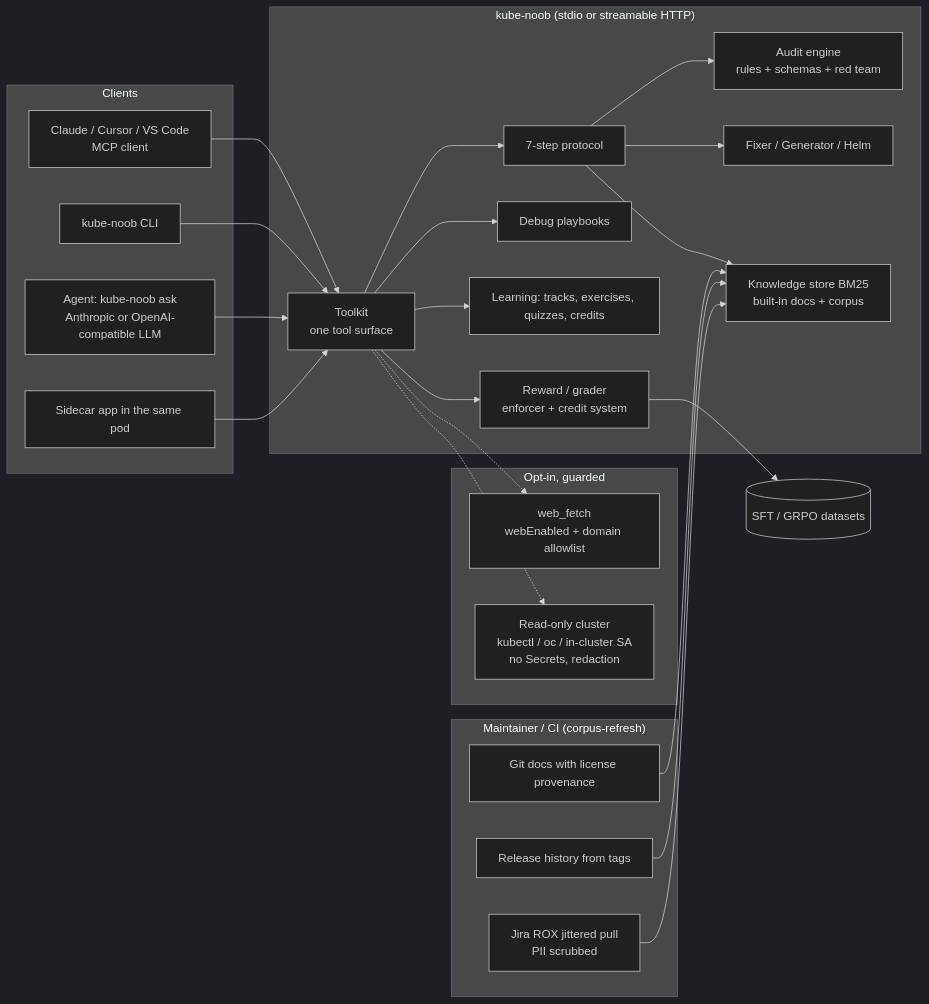
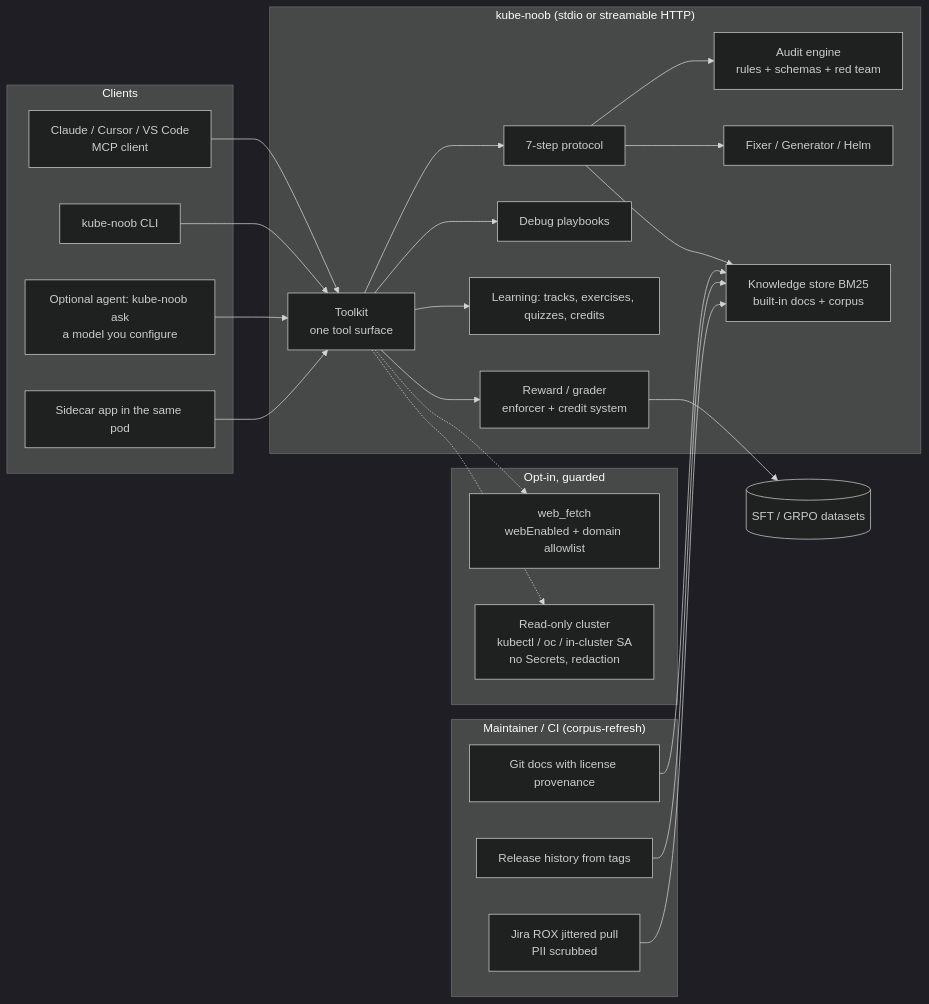
Before and after one commit to aashishmahajan/kube-noob: the diagram in docs/architecture.md, drawn with Mermaid (dark theme). The commit also changed other lines of this file and 146 other files, not shown here.

````diff
--- a/docs/architecture.md
+++ b/docs/architecture.md
@@ -3,34 +7,34 @@
 ```mermaid
 flowchart LR
   subgraph Clients
     A[Claude / Cursor / VS Code<br/>MCP client]
     B[kube-noob CLI]
-    C[Agent: kube-noob ask<br/>Anthropic or OpenAI-compatible LLM]
+    C[Optional agent: kube-noob ask<br/>a model you configure]
     D[Sidecar app in the same pod]
   end
   subgraph Server["kube-noob (stdio or streamable HTTP)"]
     T[Toolkit<br/>one tool surface]
     P[7-step protocol]
     E[Audit engine<br/>rules + schemas + red team]
     F[Fixer / Generator / Helm]
     G[Debug playbooks]
     K[Knowledge store BM25<br/>built-in docs + corpus]
     L[Learning: tracks, exercises, quizzes, credits]
     R[Reward / grader<br/>enforcer + credit system]
   end
   subgraph Optional["Opt-in, guarded"]
     W[web_fetch<br/>webEnabled + domain allowlist]
     X[Read-only cluster<br/>kubectl / oc / in-cluster SA<br/>no Secrets, redaction]
   end
   subgraph Offline["Maintainer / CI (corpus-refresh)"]
     S1[Git docs with license provenance]
     S2[Release history from tags]
     S3[Jira ROX jittered pull<br/>PII scrubbed]
   end
   A & B & C & D --> T
   T --> P --> E & F & K
   T --> G & L & R
   T -.-> W & X
   S1 & S2 & S3 --> K
   R --> DS[(SFT / GRPO datasets)]
 ```
````
